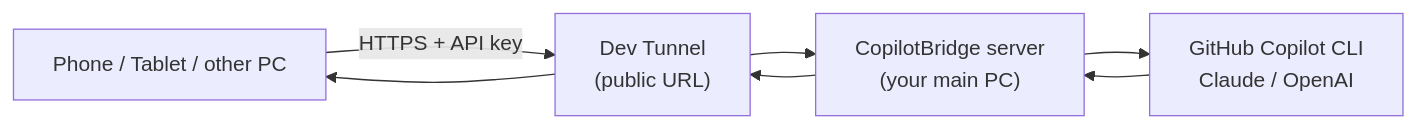
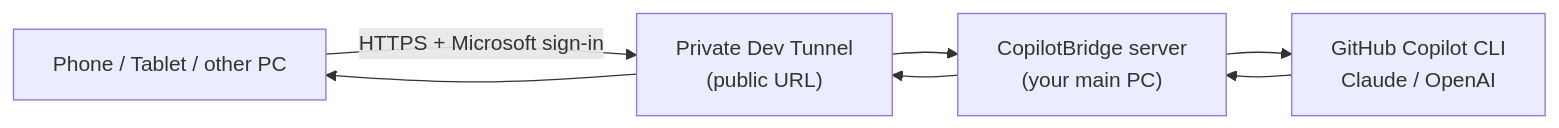
The diagram in README.md (ronking-zhu/CopilotBridge), drawn with Mermaid before and after one commit. The commit also changed other lines of this file and 53 other files, not shown here.

````diff
--- a/README.md
+++ b/README.md
@@ -16,7 +16,7 @@
 ```mermaid
 flowchart LR
-    P["Phone / Tablet / other PC"] -->|"HTTPS + API key"| T["Dev Tunnel<br/>(public URL)"]
+  P["Phone / Tablet / other PC"] -->|"HTTPS + Microsoft sign-in"| T["Private Dev Tunnel<br/>(public URL)"]
     T --> S["CopilotBridge server<br/>(your main PC)"]
     S --> A["GitHub Copilot CLI<br/>Claude / OpenAI"]
     A --> S --> T --> P
 ```
````
